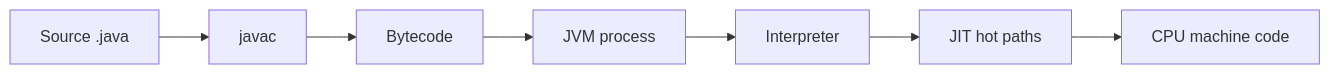
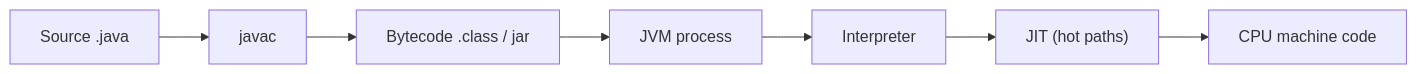
The diagram in java-learning/month-01-basic/day-01-how-code-works/01-theory.md (Satish30NIT/Radha-Enterprise), drawn with Mermaid before and after one commit. The commit also changed other lines of this file and 20 other files, not shown here.

````diff
--- a/java-learning/month-01-basic/day-01-how-code-works/01-theory.md
+++ b/java-learning/month-01-basic/day-01-how-code-works/01-theory.md
@@ -71,9 +40,9 @@
 ```mermaid
 flowchart LR
   A["Source .java"] --> B["javac"]
-  B --> C["Bytecode"]
+  B --> C["Bytecode .class / jar"]
   C --> D["JVM process"]
   D --> E["Interpreter"]
-  E --> F["JIT hot paths"]
+  E --> F["JIT (hot paths)"]
   F --> G["CPU machine code"]
 ```
````
